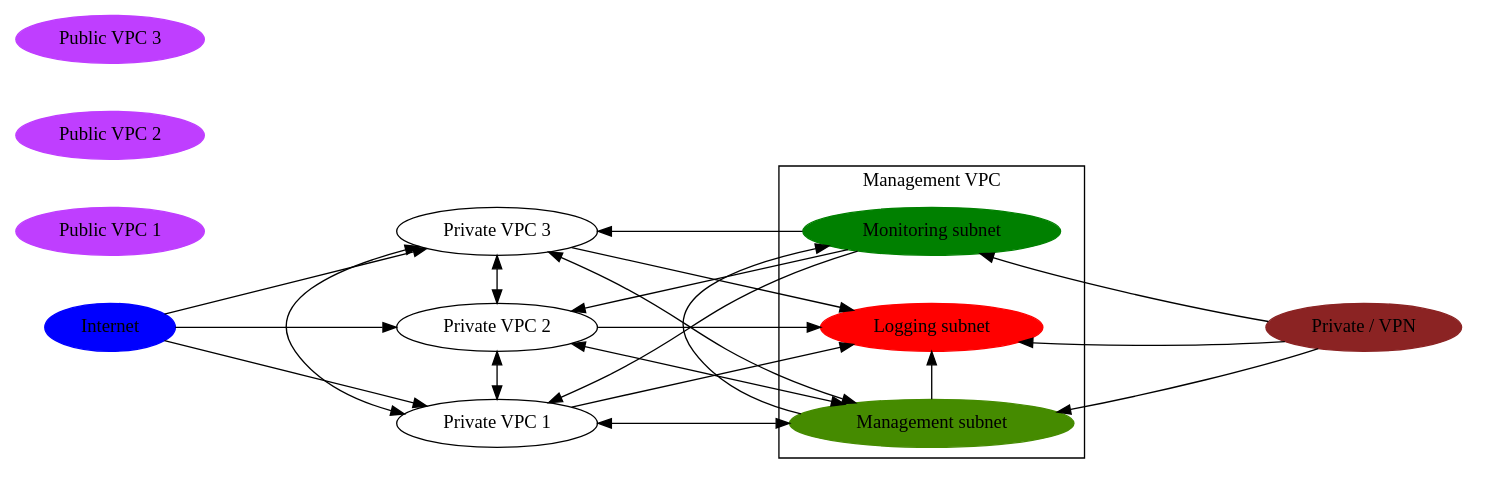
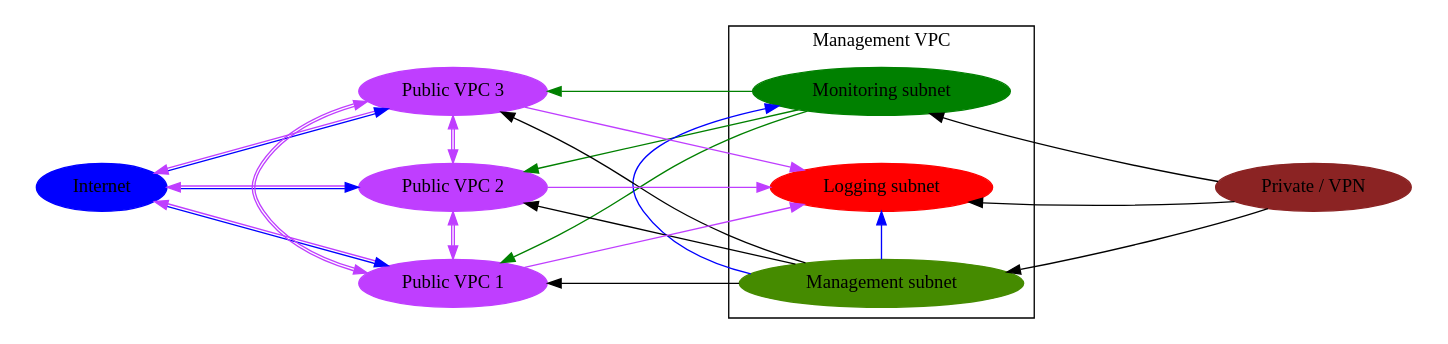
The diagram in docs/test.dot (jpancoast/cloudsetup), drawn with Graphviz before and after one commit. The commit also changed 2 other files, not shown here.

```diff
--- a/docs/test.dot
+++ b/docs/test.dot
@@ -1,97 +1,97 @@
 digraph G {
     rankdir=LR
     
     Internet [ color = blue, style = filled ]
     "Monitoring subnet" [ color = green, style = filled ]
     "Logging subnet" [ color = red, style = filled ]
     "Management subnet" [ color = "chartreuse4", style = filled ]
 
     "Public VPC 1" [ color = "darkorchid1", style = filled ]
     "Public VPC 2" [ color = "darkorchid1", style = filled ]
     "Public VPC 3" [ color = "darkorchid1", style = filled ]
 
     "Private / VPN" [ color = "brown4", style = filled ]
 
 
     ranksep = 2.0
     nodesep = .5
 
 
     subgraph cluster1 
     {
         style="invis"
         Internet;
     }
 
     subgraph cluster2 
     {
         style="invis"
 
-        "Private VPC 1";
-        "Private VPC 2";
-        "Private VPC 3";
+        "Public VPC 1";
+        "Public VPC 2";
+        "Public VPC 3";
 
         {
             rank="same"
-            "Private VPC 1";"Private VPC 2";"Private VPC 3";
+            "Public VPC 1";"Public VPC 2";"Public VPC 3";
         }
     }
 
     subgraph cluster3
     {
         label="Management VPC"
         "Logging subnet";
         "Monitoring subnet";
         "Management subnet";
 
         {
             rank="same";
             "Logging subnet";
             "Monitoring subnet";
             "Management subnet";
         }
     }
 
     subgraph cluster4
     {
         style="invis"
         "Private / VPN"
 
         {
             rank="max";
             "Private / VPN";
         }
     }
 
 
-    Internet -> "Private VPC 1" [constraint=false];
-    Internet -> "Private VPC 2";
-    Internet -> "Private VPC 3"[constraint=false];
+    Internet -> "Public VPC 1" [dir=both color="blue:darkorchid1" constraint=false];
+    Internet -> "Public VPC 2" [dir=both color="blue:darkorchid1"];
+    Internet -> "Public VPC 3" [dir=both color="blue:darkorchid1" constraint=false];
 
-    "Private VPC 1" -> "Private VPC 2"[dir="both"];
-    "Private VPC 1" -> "Private VPC 3"[dir="both"];
-    "Private VPC 2" -> "Private VPC 3"[dir="both"];
+    "Public VPC 1" -> "Public VPC 2"[dir=both color="darkorchid1:darkorchid1"];
+    "Public VPC 1" -> "Public VPC 3"[dir=both color="darkorchid1:darkorchid1"];
+    "Public VPC 2" -> "Public VPC 3"[dir=both color="darkorchid1:darkorchid1"];
 
-    "Private VPC 1" -> "Logging subnet";
-    "Private VPC 2" -> "Logging subnet";
-    "Private VPC 3" -> "Logging subnet";
+    "Public VPC 1" -> "Logging subnet"[ color = "darkorchid1" ];
+    "Public VPC 2" -> "Logging subnet"[ color = "darkorchid1" ];
+    "Public VPC 3" -> "Logging subnet"[ color = "darkorchid1" ];
 
-    "Monitoring subnet" -> "Private VPC 1"[constraint=false];
-    "Monitoring subnet" -> "Private VPC 2";
-    "Monitoring subnet" -> "Private VPC 3";
+    "Monitoring subnet" -> "Public VPC 1"[ color="green" constraint=false];
+    "Monitoring subnet" -> "Public VPC 2"[ color="green"];
+    "Monitoring subnet" -> "Public VPC 3"[ color="green"];
 
-    "Management subnet" -> "Private VPC 1"[dir="both" constraint=false];
-    "Management subnet" -> "Private VPC 2"[dir="both" constraint=false];
-    "Management subnet" -> "Private VPC 3"[dir="both" constraint=false];
+    "Management subnet" -> "Public VPC 1"[constraint=false];
+    "Management subnet" -> "Public VPC 2"[constraint=false];
+    "Management subnet" -> "Public VPC 3"[constraint=false];
 
-    "Management subnet" -> "Logging subnet";
-    "Management subnet" -> "Monitoring subnet";
+    "Management subnet" -> "Logging subnet" [ color="blue" ];
+    "Management subnet" -> "Monitoring subnet"[ color="blue" ];
 
     "Management subnet" -> "Private / VPN" [style="invis"]
     "Monitoring subnet" -> "Private / VPN" [style="invis"]
     "Logging subnet" -> "Private / VPN" [style="invis"]
 
     "Private / VPN" -> "Management subnet"[constraint=false];
     "Private / VPN" -> "Monitoring subnet"[constraint=false];
     "Private / VPN" -> "Logging subnet";
 }
```
